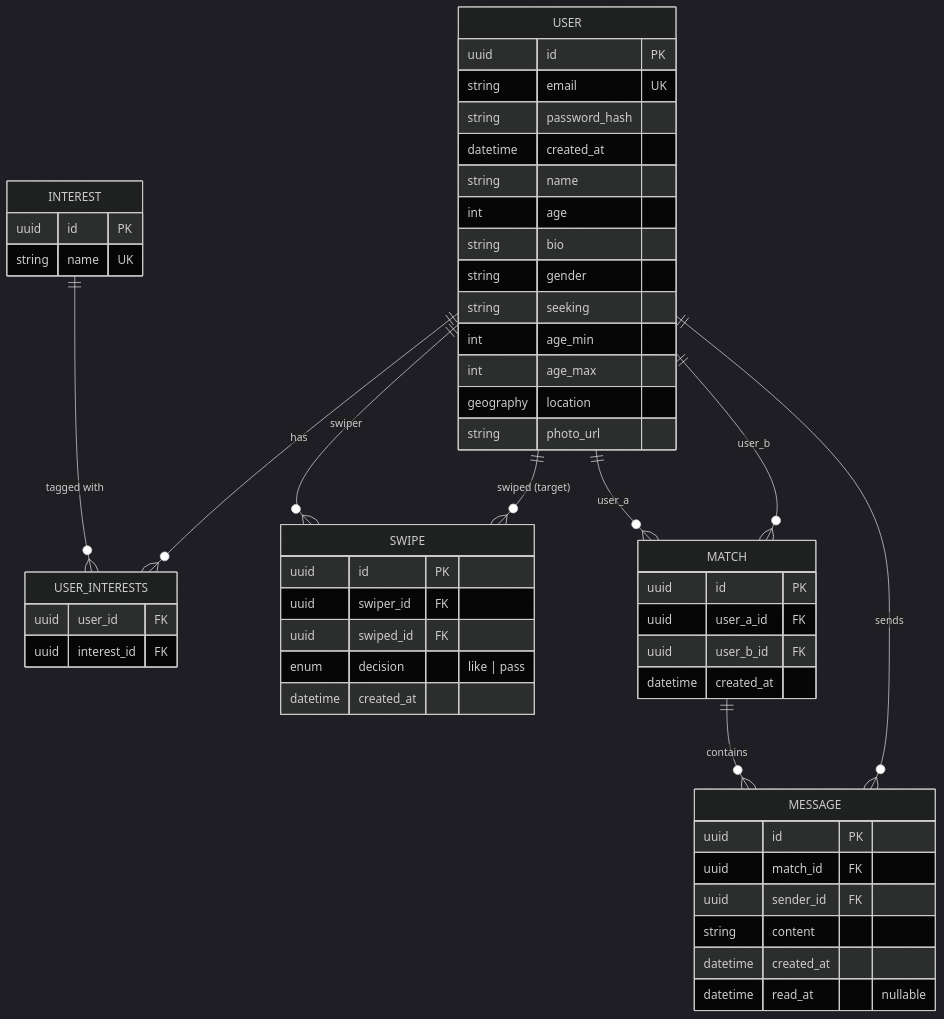
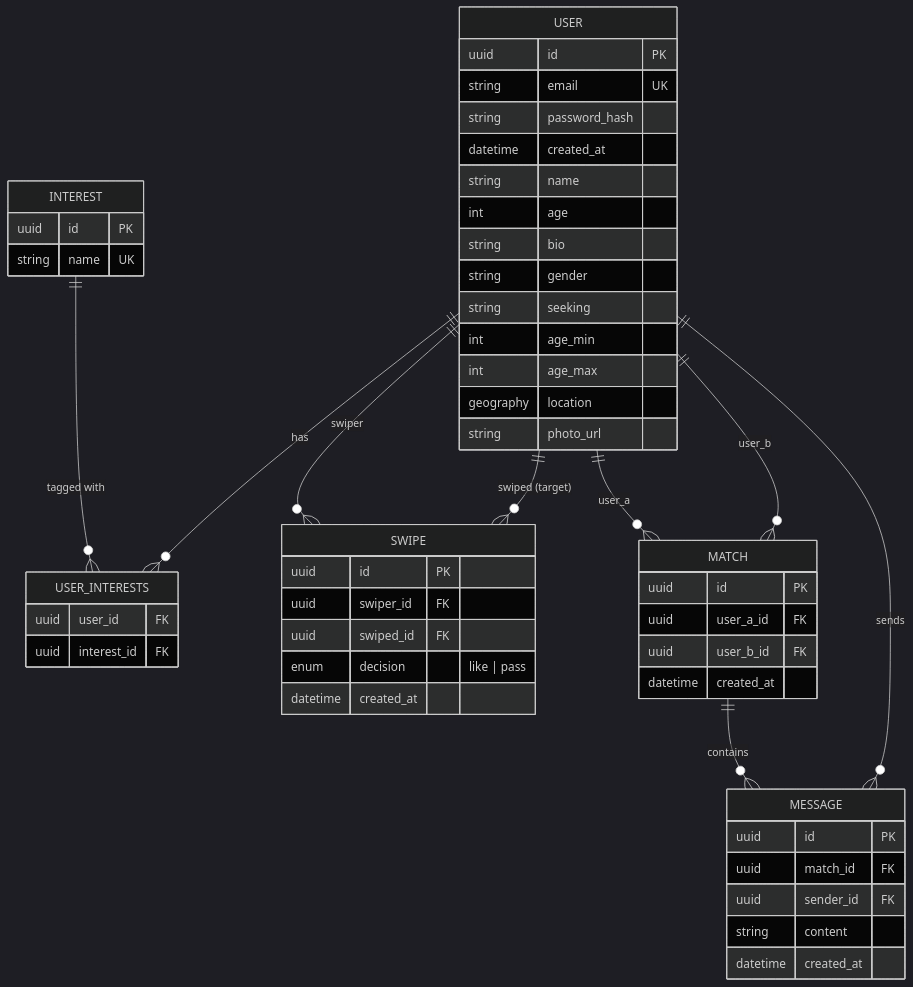
The diagram in spec.md (Mr-Chekaut-Dungeon-IM-42/kpinder-02), drawn with Mermaid (dark theme) before and after one commit. The commit also changed other lines of this file and 3 other files, not shown here.

````diff
--- a/spec.md
+++ b/spec.md
@@ -41,56 +39,55 @@
 ```mermaid
 erDiagram
       USER ||--o{ USER_INTERESTS : "has"
       INTEREST ||--o{ USER_INTERESTS : "tagged with"
       USER ||--o{ SWIPE : "swiper"
       USER ||--o{ SWIPE : "swiped (target)"
       USER ||--o{ MATCH : "user_a"
       USER ||--o{ MATCH : "user_b"
       MATCH ||--o{ MESSAGE : contains
       USER ||--o{ MESSAGE : sends
 
       USER {
           uuid id PK
           string email UK
           string password_hash
           datetime created_at
           string name
           int age
           string bio
           string gender
           string seeking
           int age_min
           int age_max
           geography location
           string photo_url
       }
       INTEREST {
           uuid id PK
           string name UK
       }
       USER_INTERESTS {
           uuid user_id FK
           uuid interest_id FK
       }
       SWIPE {
           uuid id PK
           uuid swiper_id FK
           uuid swiped_id FK
           enum decision "like | pass"
           datetime created_at
       }
       MATCH {
           uuid id PK
           uuid user_a_id FK
           uuid user_b_id FK
           datetime created_at
       }
       MESSAGE {
           uuid id PK
           uuid match_id FK
           uuid sender_id FK
           string content
           datetime created_at
-          datetime read_at "nullable"
       }
 ```
````
